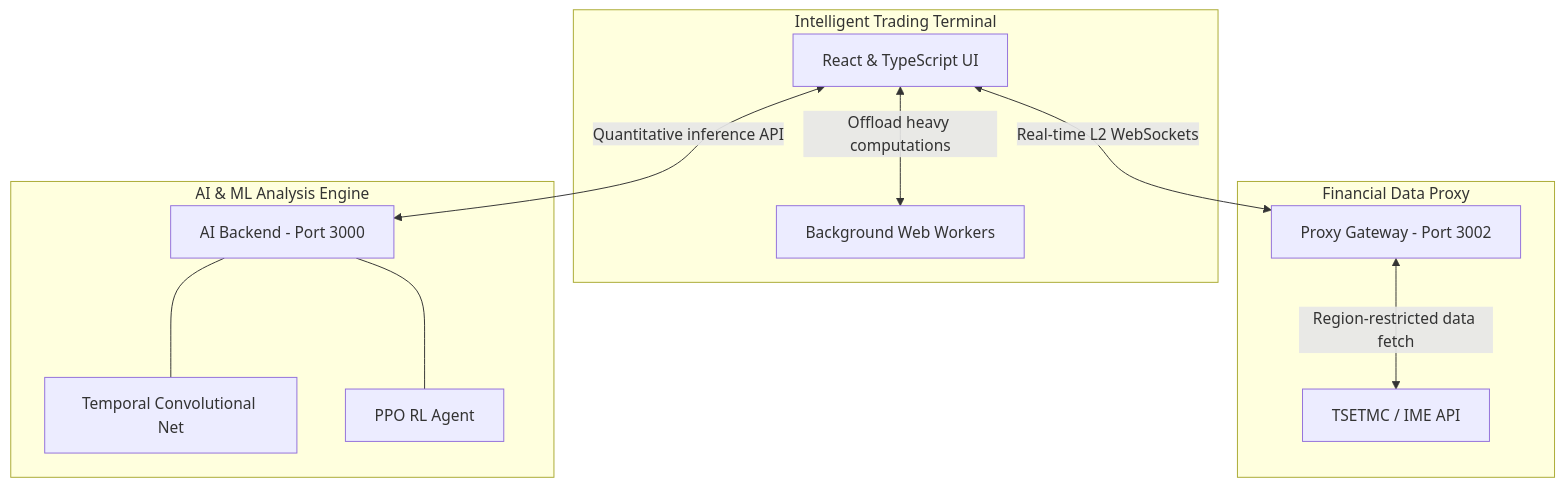
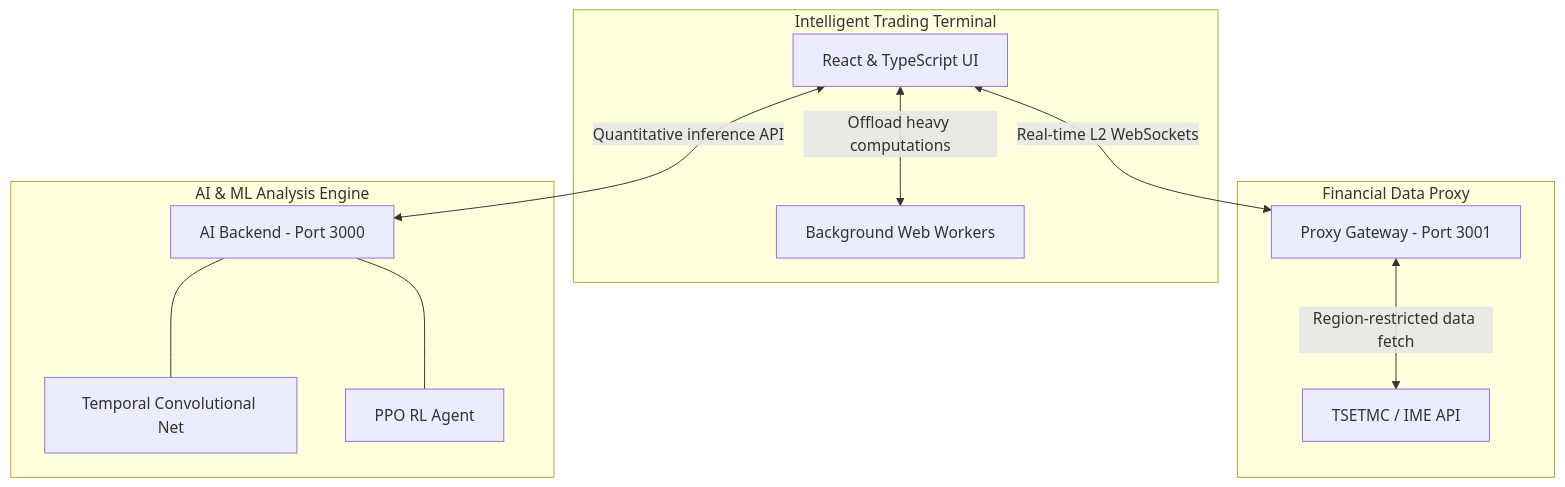
The diagram in README.md (amir-hdri/Intelligences-Trader), drawn with Mermaid before and after one commit. The commit also changed other lines of this file and 26 other files, not shown here.

````diff
--- a/README.md
+++ b/README.md
@@ -15,25 +15,25 @@
 ```mermaid
 graph TD
     subgraph Client Layer [Intelligent Trading Terminal]
         FE[React & TypeScript UI]
         WW[Background Web Workers]
         FE <-->|Offload heavy computations| WW
     end
 
     subgraph Service Layer [Financial Data Proxy]
-        DP[Proxy Gateway - Port 3002]
+        DP[Proxy Gateway - Port 3001]
         TSE[TSETMC / IME API]
         DP <-->|Region-restricted data fetch| TSE
     end
 
     subgraph Quant Layer [AI & ML Analysis Engine]
         AE[AI Backend - Port 3000]
         TCN[Temporal Convolutional Net]
         PPO[PPO RL Agent]
         AE --- TCN
         AE --- PPO
     end
 
     FE <-->|Real-time L2 WebSockets| DP
     FE <-->|Quantitative inference API| AE
 ```
````
